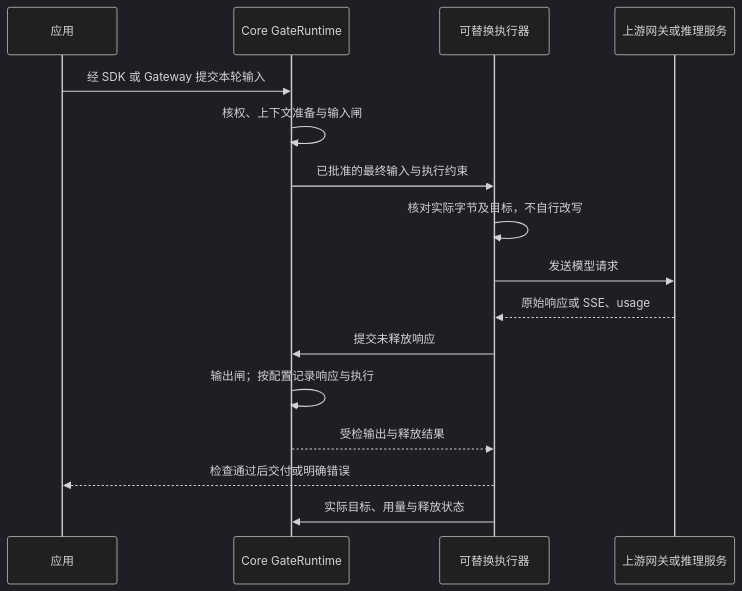
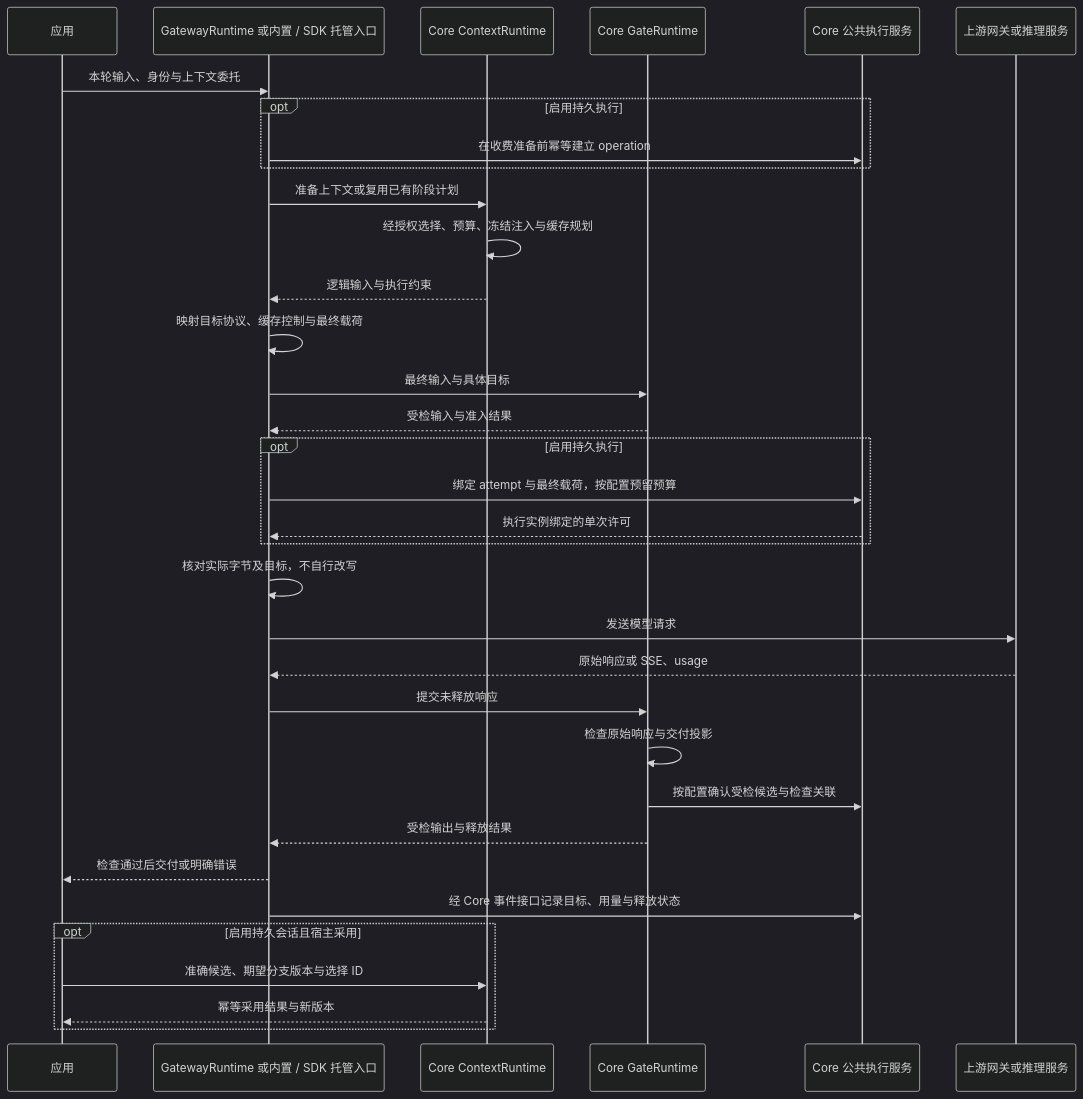
One commit to 2397819368a-oss/powercontext-2026 changed the second of 3 diagrams in docs/zh/rfcs/2086-core-inference-gates-and-optional-gateway.md. Above: the diagram before and after it, drawn with Mermaid (dark theme). The commit also changed other lines of this file and 1 other file, not shown here.

Commit message:
docs(rfc): define context and gateway runtime boundaries

````diff
--- a/docs/zh/rfcs/2086-core-inference-gates-and-optional-gateway.md
+++ b/docs/zh/rfcs/2086-core-inference-gates-and-optional-gateway.md
@@ -336,18 +392,36 @@
 ```mermaid
 sequenceDiagram
     participant A as 应用
-    participant C as Core GateRuntime
-    participant E as 可替换执行器
+    participant E as GatewayRuntime 或内置 / SDK 托管入口
+    participant C as Core ContextRuntime
+    participant G as Core GateRuntime
+    participant S as Core 公共执行服务
     participant U as 上游网关或推理服务
-    A->>C: 经 SDK 或 Gateway 提交本轮输入
-    C->>C: 核权、上下文准备与输入闸
-    C->>E: 已批准的最终输入与执行约束
+    A->>E: 本轮输入、身份与上下文委托
+    opt 启用持久执行
+        E->>S: 在收费准备前幂等建立 operation
+    end
+    E->>C: 准备上下文或复用已有阶段计划
+    C->>C: 经授权选择、预算、冻结注入与缓存规划
+    C-->>E: 逻辑输入与执行约束
+    E->>E: 映射目标协议、缓存控制与最终载荷
+    E->>G: 最终输入与具体目标
+    G-->>E: 受检输入与准入结果
+    opt 启用持久执行
+        E->>S: 绑定 attempt 与最终载荷，按配置预留预算
+        S-->>E: 执行实例绑定的单次许可
+    end
     E->>E: 核对实际字节及目标，不自行改写
     E->>U: 发送模型请求
     U-->>E: 原始响应或 SSE、usage
-    E->>C: 提交未释放响应
-    C->>C: 输出闸；按配置记录响应与执行
-    C-->>E: 受检输出与释放结果
+    E->>G: 提交未释放响应
+    G->>G: 检查原始响应与交付投影
+    G->>S: 按配置确认受检候选与检查关联
+    G-->>E: 受检输出与释放结果
     E-->>A: 检查通过后交付或明确错误
-    E->>C: 实际目标、用量与释放状态
+    E->>S: 经 Core 事件接口记录目标、用量与释放状态
+    opt 启用持久会话且宿主采用
+        A->>C: 准确候选、期望分支版本与选择 ID
+        C-->>A: 幂等采用结果与新版本
+    end
 ```
````
